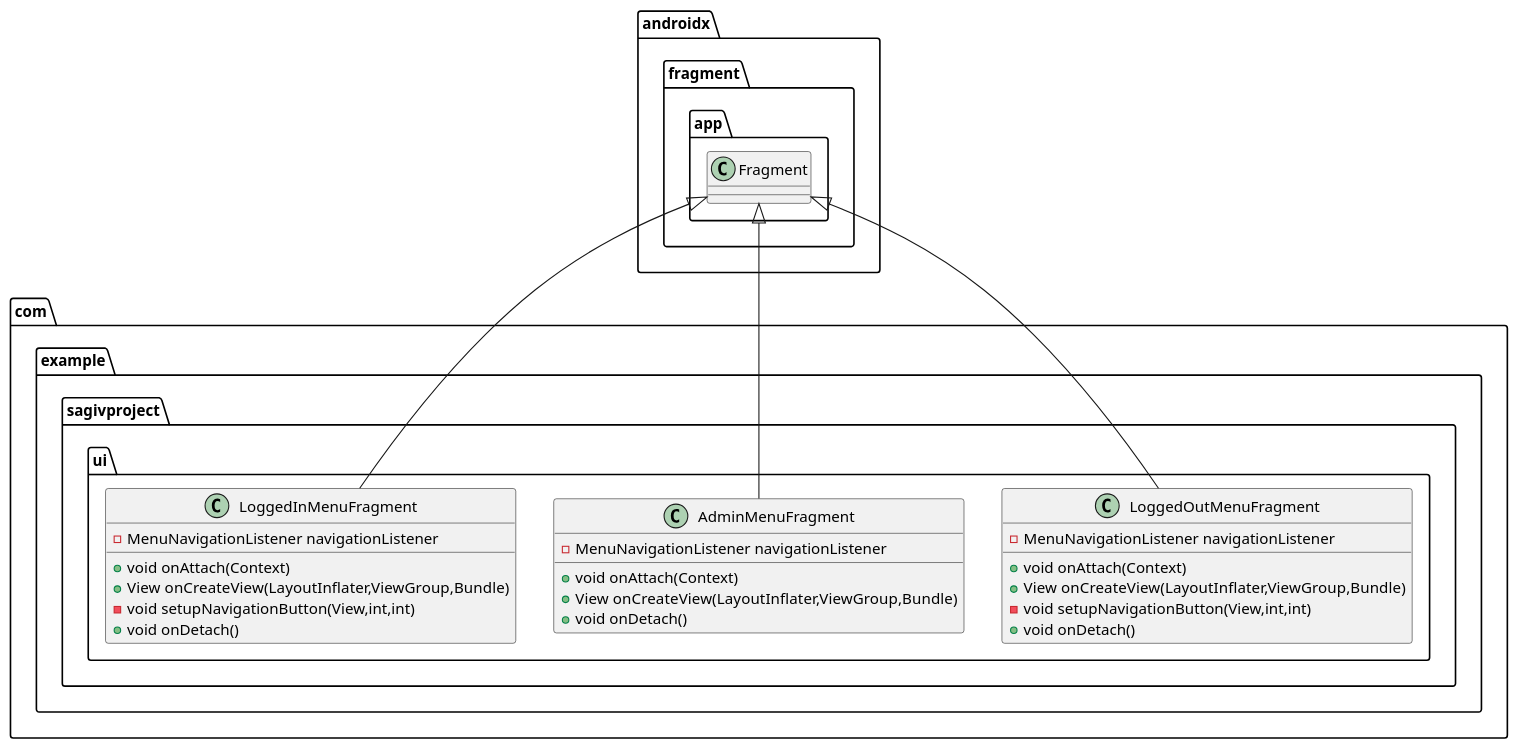
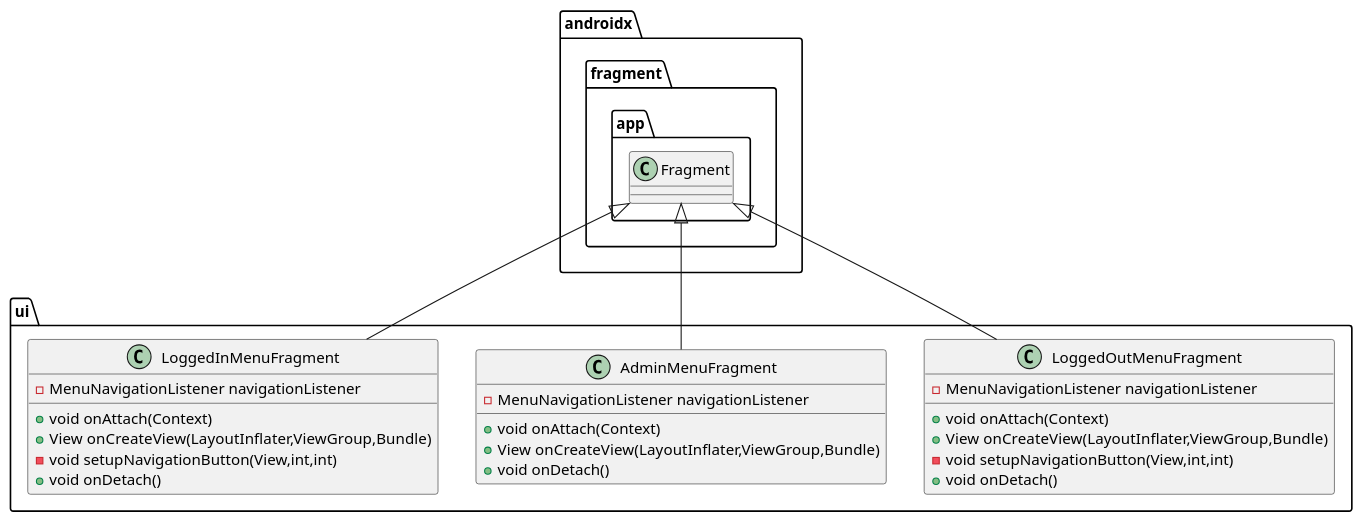
One commit to sagiv23/ShvilHazhav changed the diagram in ui1.puml. Above: the diagram before and after it, drawn with PlantUML. The commit also changed 42 other files, not shown here.

```diff
--- a/ui1.puml
+++ b/ui1.puml
@@ -1,33 +1,33 @@
 @startuml
-class com.example.sagivproject.ui.LoggedOutMenuFragment {
+class ui.LoggedOutMenuFragment {
 - MenuNavigationListener navigationListener
 + void onAttach(Context)
 + View onCreateView(LayoutInflater,ViewGroup,Bundle)
 - void setupNavigationButton(View,int,int)
 + void onDetach()
 }
 
 
-class com.example.sagivproject.ui.AdminMenuFragment {
+class ui.AdminMenuFragment {
 - MenuNavigationListener navigationListener
 + void onAttach(Context)
 + View onCreateView(LayoutInflater,ViewGroup,Bundle)
 + void onDetach()
 }
 
 
-class com.example.sagivproject.ui.LoggedInMenuFragment {
+class ui.LoggedInMenuFragment {
 - MenuNavigationListener navigationListener
 + void onAttach(Context)
 + View onCreateView(LayoutInflater,ViewGroup,Bundle)
 - void setupNavigationButton(View,int,int)
 + void onDetach()
 }
 
 
 
 
-androidx.fragment.app.Fragment <|-- com.example.sagivproject.ui.LoggedOutMenuFragment
-androidx.fragment.app.Fragment <|-- com.example.sagivproject.ui.AdminMenuFragment
-androidx.fragment.app.Fragment <|-- com.example.sagivproject.ui.LoggedInMenuFragment
+androidx.fragment.app.Fragment <|-- ui.LoggedOutMenuFragment
+androidx.fragment.app.Fragment <|-- ui.AdminMenuFragment
+androidx.fragment.app.Fragment <|-- ui.LoggedInMenuFragment
 @enduml
```
